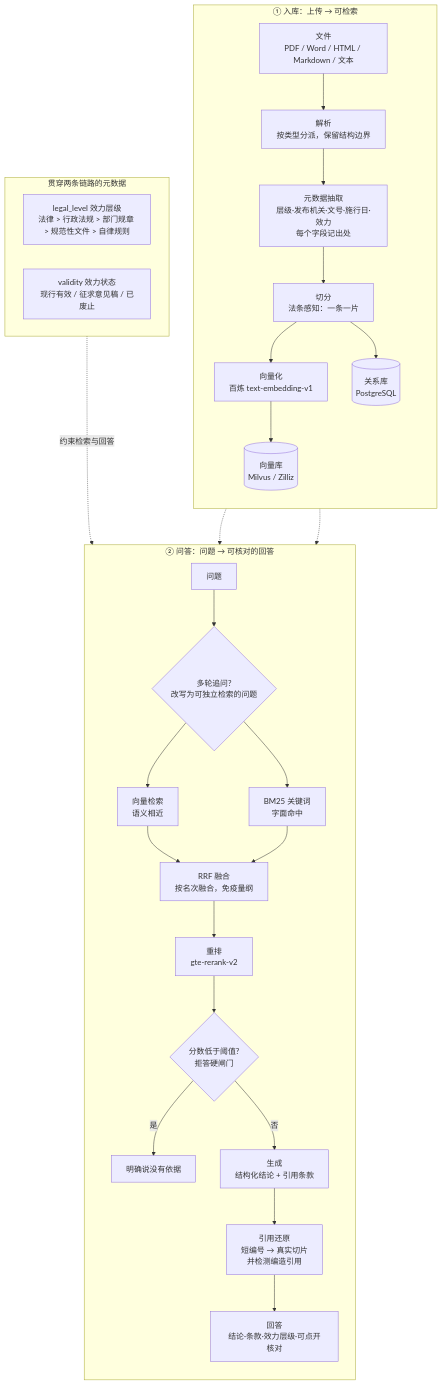
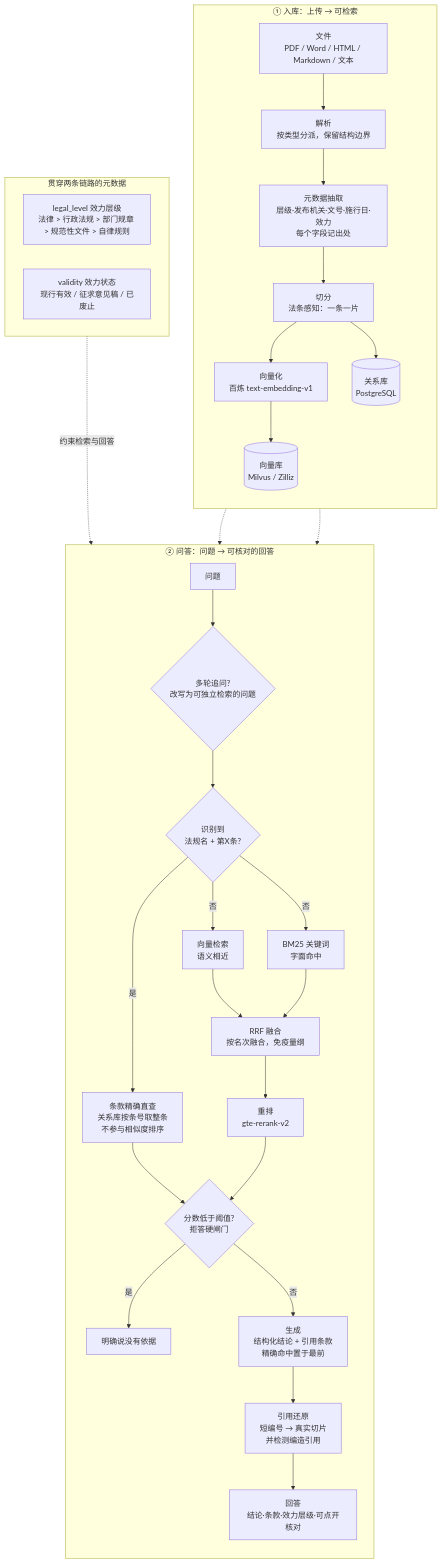
One commit to yunlu-ding/rag-law-practice changed the diagram in README.md. Above: the diagram before and after it, drawn with Mermaid. The commit also changed other lines of this file and 22 other files, not shown here.

````diff
--- a/README.md
+++ b/README.md
@@ -14,37 +14,40 @@
 ```mermaid
 flowchart TB
     subgraph ingest["① 入库：上传 → 可检索"]
         direction TB
         A1["文件<br/>PDF / Word / HTML / Markdown / 文本"] --> A2["解析<br/>按类型分派，保留结构边界"]
         A2 --> A3["元数据抽取<br/>层级·发布机关·文号·施行日·效力<br/>每个字段记出处"]
         A3 --> A4["切分<br/>法条感知：一条一片"]
         A4 --> A5["向量化<br/>百炼 text-embedding-v1"]
         A5 --> A6[("向量库<br/>Milvus / Zilliz")]
         A4 --> A7[("关系库<br/>PostgreSQL")]
     end
 
     subgraph ask["② 问答：问题 → 可核对的回答"]
         direction TB
         B1["问题"] --> B2{"多轮追问?<br/>改写为可独立检索的问题"}
-        B2 --> B3["向量检索<br/>语义相近"]
-        B2 --> B4["BM25 关键词<br/>字面命中"]
+        B2 --> B2b{"识别到<br/>法规名 + 第X条?"}
+        B2b -- 是 --> BX["条款精确直查<br/>关系库按条号取整条<br/>不参与相似度排序"]
+        B2b -- 否 --> B3["向量检索<br/>语义相近"]
+        B2b -- 否 --> B4["BM25 关键词<br/>字面命中"]
         B3 --> B5["RRF 融合<br/>按名次融合，免疫量纲"]
         B4 --> B5
         B5 --> B6["重排<br/>gte-rerank-v2"]
+        BX --> B7
         B6 --> B7{"分数低于阈值?<br/>拒答硬闸门"}
         B7 -- 是 --> B8["明确说没有依据"]
-        B7 -- 否 --> B9["生成<br/>结构化结论 + 引用条款"]
+        B7 -- 否 --> B9["生成<br/>结构化结论 + 引用条款<br/>精确命中置于最前"]
         B9 --> B10["引用还原<br/>短编号 → 真实切片<br/>并检测编造引用"]
         B10 --> B11["回答<br/>结论·条款·效力层级·可点开核对"]
     end
 
     A6 -.-> B3
     A7 -.-> B4
 
     subgraph meta["贯穿两条链路的元数据"]
         direction LR
         C1["legal_level 效力层级<br/>法律 > 行政法规 > 部门规章 > 规范性文件 > 自律规则"]
         C2["validity 效力状态<br/>现行有效 / 征求意见稿 / 已废止"]
     end
     meta -.约束检索与回答.-> ask
 ```
````
